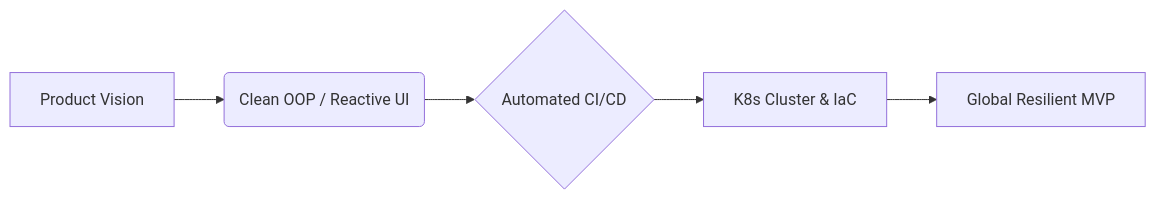
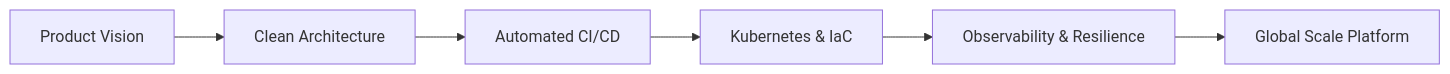
The diagram in README.md (4bsolut/4bsolut), drawn with Mermaid before and after one commit. The commit also changed other lines of this file, not shown here.

````diff
--- a/README.md
+++ b/README.md
@@ -20,7 +36,8 @@
-```mermaid
+~~~mermaid
 graph LR
-    A[Product Vision] --> B(Clean OOP / Reactive UI)
-    B --> C{Automated CI/CD}
-    C --> D[K8s Cluster & IaC]
-    D --> E[Global Resilient MVP]
-```
+    A[Product Vision] --> B[Clean Architecture]
+    B --> C[Automated CI/CD]
+    C --> D[Kubernetes & IaC]
+    D --> E[Observability & Resilience]
+    E --> F[Global Scale Platform]
+~~~
````
